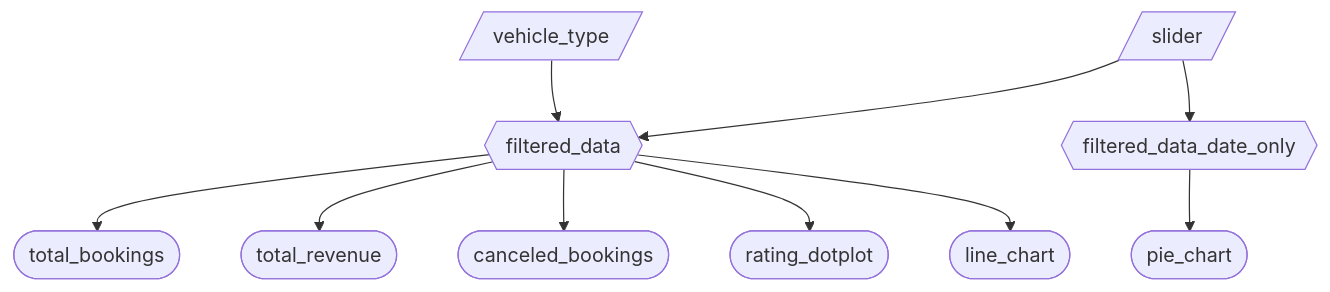
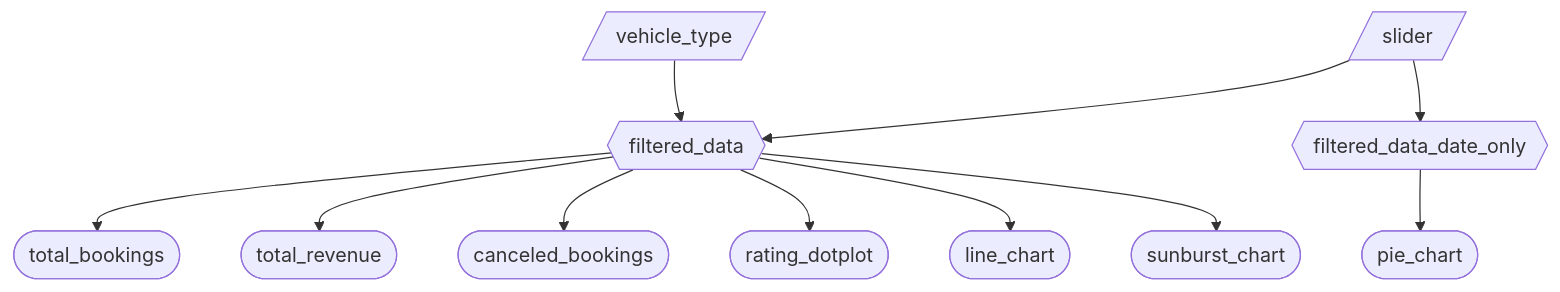
One commit to UBC-MDS/DSCI-532_2026_32_Uber_dashboard changed the diagram in reports/m2_spec.md. Above: the diagram before and after it, drawn with Mermaid. The commit also changed other lines of this file, not shown here.

Commit message:
Updating phase2 in reponse to sunburst chart addition

````diff
--- a/reports/m2_spec.md
+++ b/reports/m2_spec.md
@@ -31,14 +33,15 @@
 ```mermaid
 flowchart TD
   A[/slider/] --> F{{filtered_data}}
   B[/vehicle_type/] --> F
   A --> G{{filtered_data_date_only}}
 
   F --> T1([total_bookings])
   F --> T2([total_revenue])
   F --> T3([canceled_bookings])
   F --> P1([rating_dotplot])
   F --> P2([line_chart])
+  F --> P4([sunburst_chart])
 
   G --> P3([pie_chart])
 ```
````
